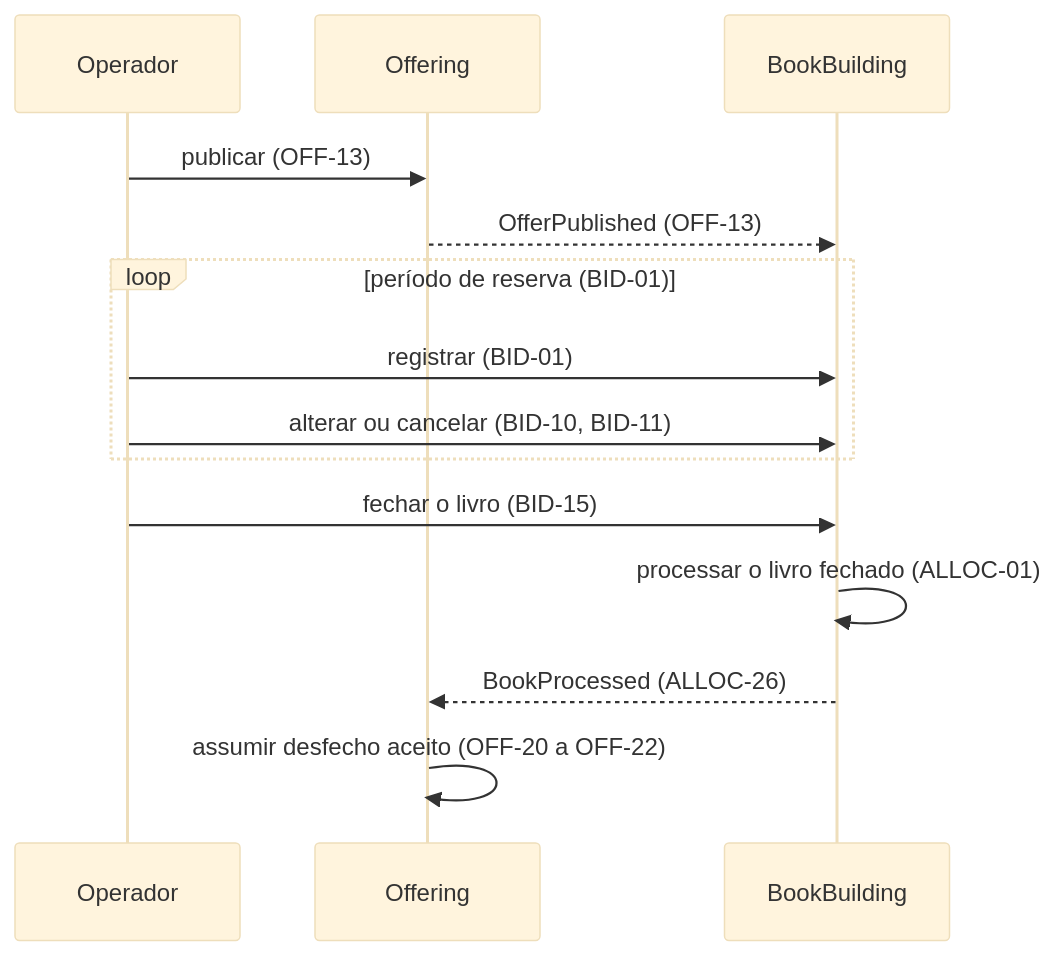
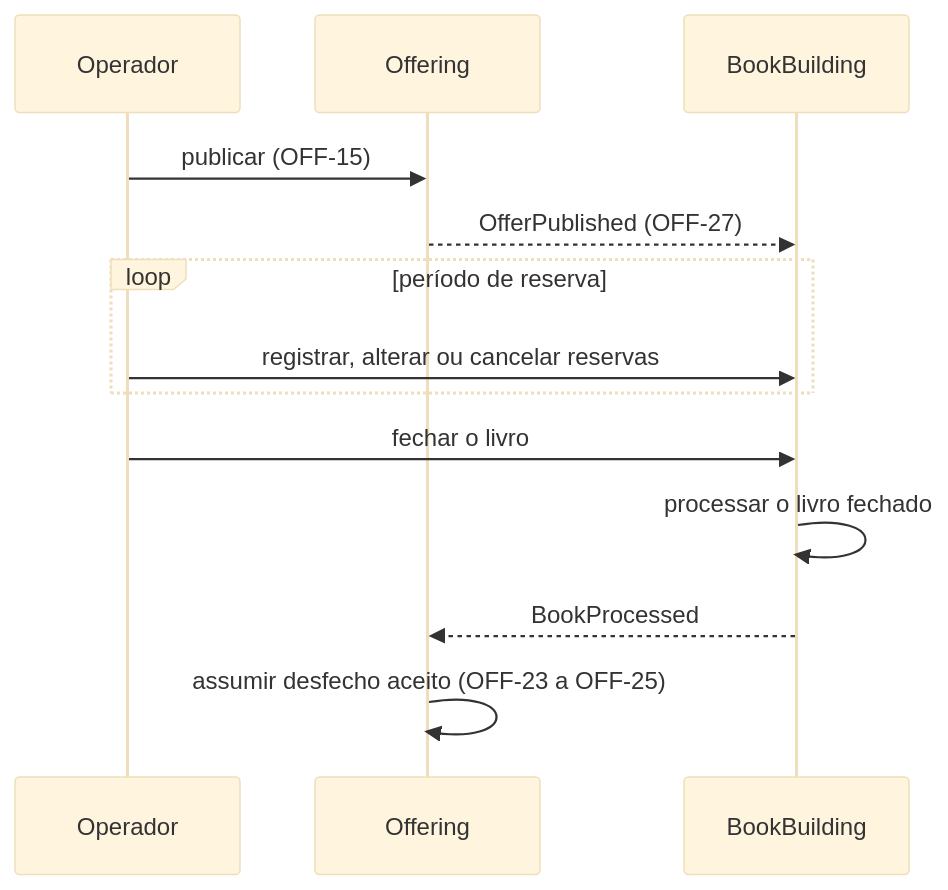
The second of 3 diagrams in docs/specs/offer-lifecycle/spec.md (guilhermesalvi/fund-distribution-platform), drawn with Mermaid (base theme) before and after one commit. The commit also changed other lines of this file and 7 other files, not shown here.

````diff
--- a/docs/specs/offer-lifecycle/spec.md
+++ b/docs/specs/offer-lifecycle/spec.md
@@ -157,16 +168,15 @@
 ```mermaid
 sequenceDiagram
     participant Operador
     participant Offering
     participant BookBuilding
-    Operador->>Offering: publicar (OFF-13)
-    Offering-->>BookBuilding: OfferPublished (OFF-13)
-    loop período de reserva (BID-01)
-        Operador->>BookBuilding: registrar (BID-01)
-        Operador->>BookBuilding: alterar ou cancelar (BID-10, BID-11)
+    Operador->>Offering: publicar (OFF-15)
+    Offering-->>BookBuilding: OfferPublished (OFF-27)
+    loop período de reserva
+        Operador->>BookBuilding: registrar, alterar ou cancelar reservas
     end
-    Operador->>BookBuilding: fechar o livro (BID-15)
-    BookBuilding->>BookBuilding: processar o livro fechado (ALLOC-01)
-    BookBuilding-->>Offering: BookProcessed (ALLOC-26)
-    Offering->>Offering: assumir desfecho aceito (OFF-20 a OFF-22)
+    Operador->>BookBuilding: fechar o livro
+    BookBuilding->>BookBuilding: processar o livro fechado
+    BookBuilding-->>Offering: BookProcessed
+    Offering->>Offering: assumir desfecho aceito (OFF-23 a OFF-25)
 ```
````
